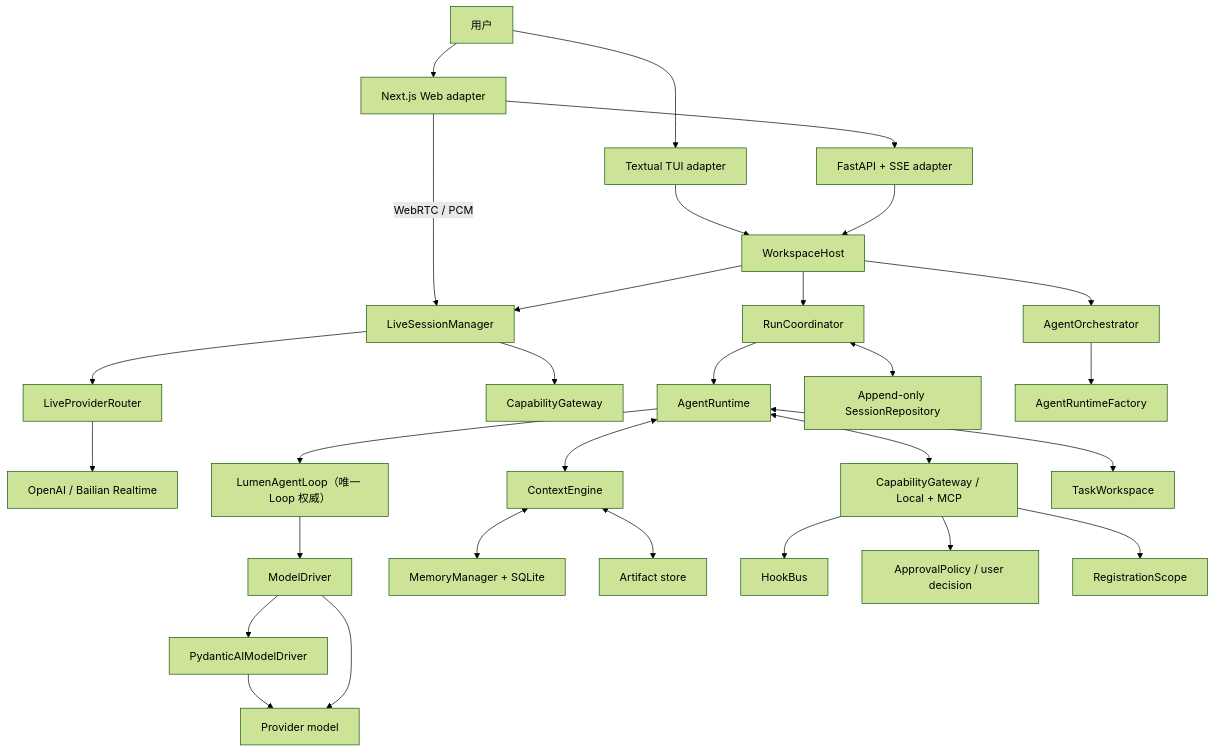
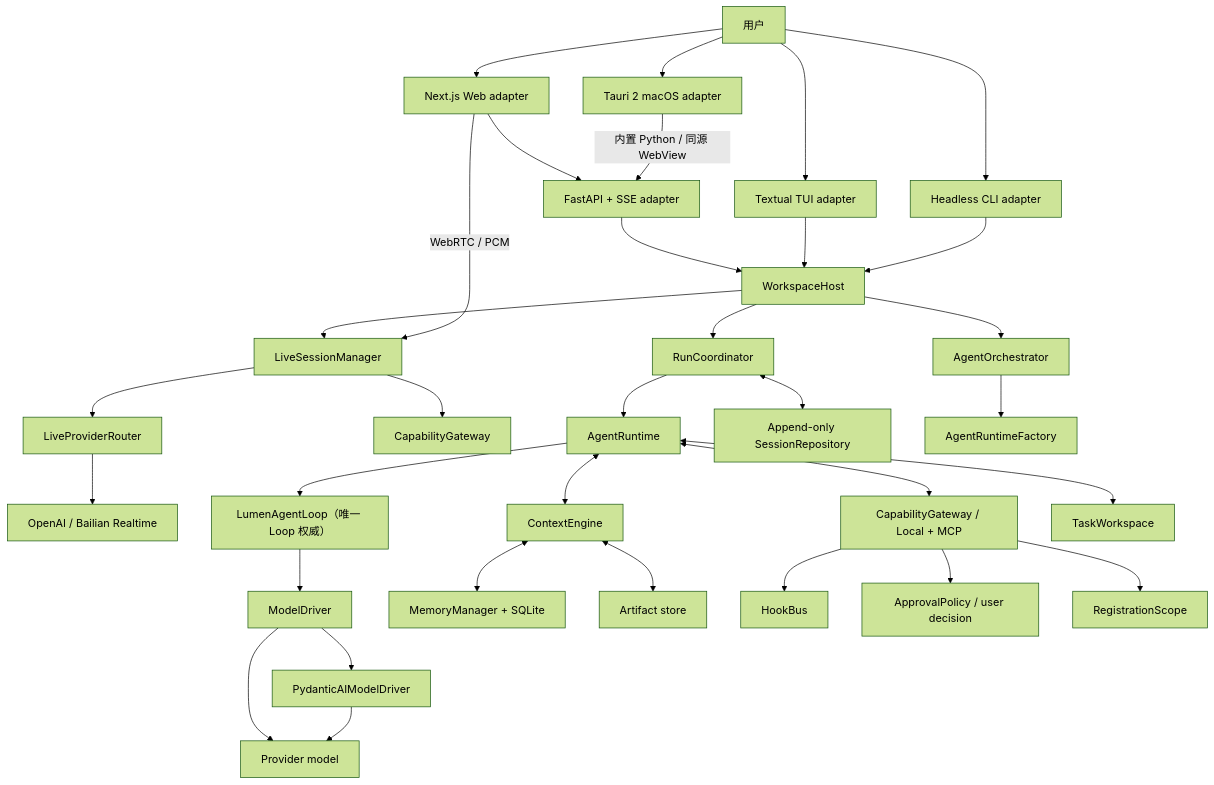
Before and after one commit to JasonYZzz/lumen: the diagram in docs/architecture-guide/01-system-overview.md, drawn with Mermaid (forest theme). The commit also changed other lines of this file and 85 other files, not shown here.

First line of the commit message:
docs: refresh runtime and macOS desktop documentation

````diff
--- a/docs/architecture-guide/01-system-overview.md
+++ b/docs/architecture-guide/01-system-overview.md
@@ -5,35 +5,39 @@
 ```mermaid
 flowchart TB
     User["用户"] --> TUI["Textual TUI adapter"]
     User --> Web["Next.js Web adapter"]
+    User --> Desktop["Tauri 2 macOS adapter"]
+    User --> CLI["Headless CLI adapter"]
+    Desktop -->|"内置 Python / 同源 WebView"| API
+    CLI --> Host
     Web --> API["FastAPI + SSE adapter"]
     Web -->|"WebRTC / PCM"| Live
     TUI --> Host["WorkspaceHost"]
     API --> Host
     Host --> Live["LiveSessionManager"]
     Live --> Router["LiveProviderRouter"]
     Router --> Realtime["OpenAI / Bailian Realtime"]
     Live --> Gateway["CapabilityGateway"]
 
     Host --> Coordinator["RunCoordinator"]
     Coordinator --> Runtime["AgentRuntime"]
     Runtime <--> Context["ContextEngine"]
     Runtime --> Native["LumenAgentLoop（唯一 Loop 权威）"]
     Native --> Driver["ModelDriver"]
     Driver --> PydanticDriver["PydanticAIModelDriver"]
     PydanticDriver --> Model["Provider model"]
     Driver --> Model
     Runtime <--> Tools["CapabilityGateway / Local + MCP"]
 
     Context <--> Memory["MemoryManager + SQLite"]
     Context <--> Artifacts["Artifact store"]
     Coordinator <--> Sessions["Append-only SessionRepository"]
 
     Host --> Orchestrator["AgentOrchestrator"]
     Orchestrator --> ChildRuntime["AgentRuntimeFactory"]
     Runtime <--> Workspace["TaskWorkspace"]
 
     Tools --> Hooks["HookBus"]
     Tools --> Approval["ApprovalPolicy / user decision"]
     Tools --> Scope["RegistrationScope"]
 ```
````
